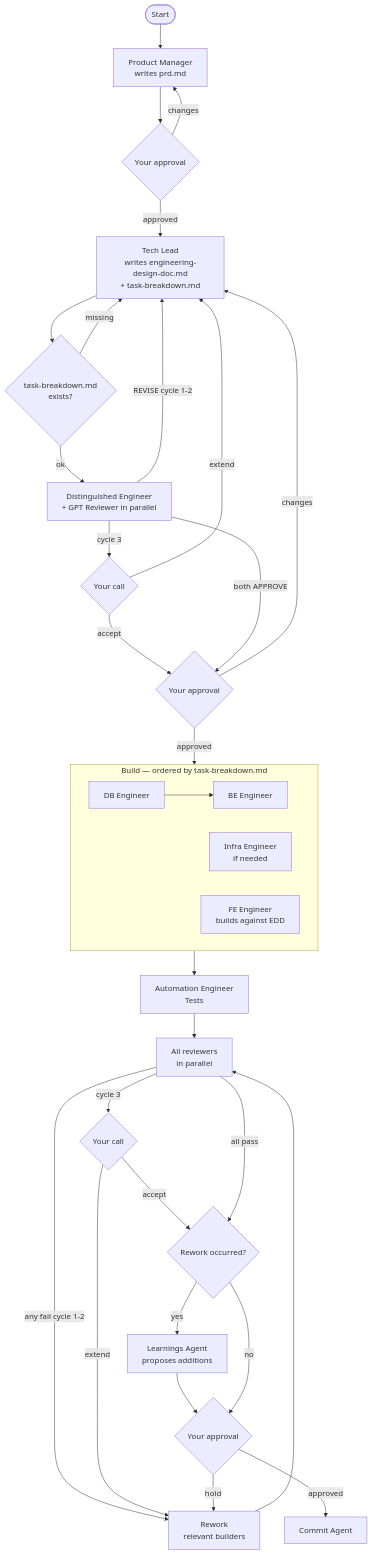
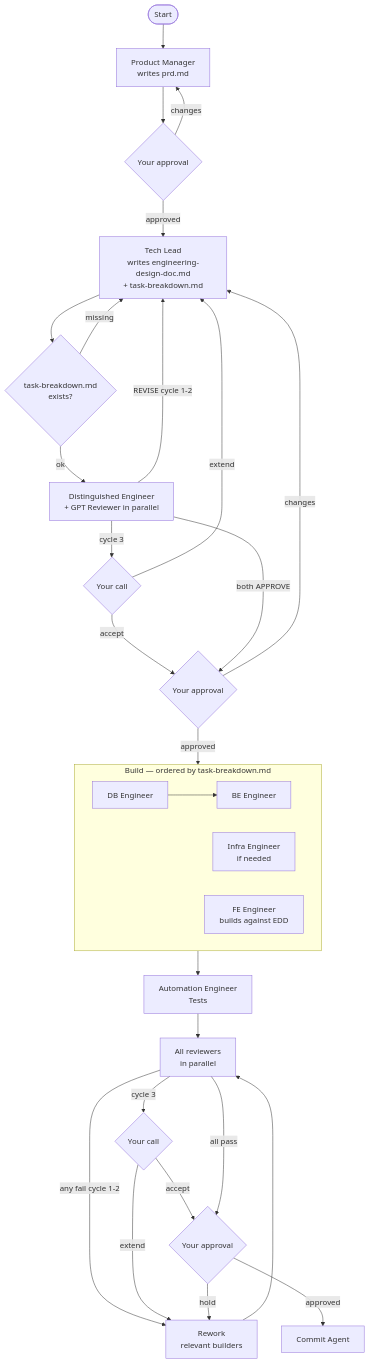
Before and after one commit to rajasekarm/velo: the first of 3 diagrams in WORKFLOW.md, drawn with Mermaid. The commit also changed other lines of this file and 50 other files, not shown here.

````diff
--- a/WORKFLOW.md
+++ b/WORKFLOW.md
@@ -7,38 +7,35 @@
 ```mermaid
 flowchart TD
     A([Start]) --> PM[Product Manager\nwrites prd.md]
     PM --> A1{Your approval}
     A1 -->|changes| PM
     A1 -->|approved| TL[Tech Lead\nwrites engineering-design-doc.md\n+ task-breakdown.md]
     TL --> TLV{task-breakdown.md\nexists?}
     TLV -->|missing| TL
     TLV -->|ok| REV[Distinguished Engineer\n+ GPT Reviewer in parallel]
     REV -->|REVISE cycle 1-2| TL
     REV -->|cycle 3| A2C{Your call}
     A2C -->|extend| TL
     A2C -->|accept| A2{Your approval}
     REV -->|both APPROVE| A2{Your approval}
     A2 -->|changes| TL
     A2 -->|approved| BUILD
 
     subgraph BUILD [Build — ordered by task-breakdown.md]
         direction LR
         DB[DB Engineer] --> BE[BE Engineer]
         INF[Infra Engineer\nif needed]
         FE[FE Engineer\nbuilds against EDD]
     end
 
     BUILD --> TEST[Automation Engineer\nTests]
     TEST --> REVIEW[All reviewers\nin parallel]
     REVIEW -->|any fail cycle 1-2| REWORK[Rework\nrelevant builders]
     REWORK --> REVIEW
     REVIEW -->|cycle 3| A3C{Your call}
     A3C -->|extend| REWORK
-    A3C -->|accept| LEARN{Rework occurred?}
-    REVIEW -->|all pass| LEARN{Rework occurred?}
-    LEARN -->|yes| LA[Learnings Agent\nproposes additions]
-    LA --> A3{Your approval}
-    LEARN -->|no| A3
+    A3C -->|accept| A3{Your approval}
+    REVIEW -->|all pass| A3{Your approval}
     A3 -->|approved| COMMIT[Commit Agent]
     A3 -->|hold| REWORK
 ```
````
